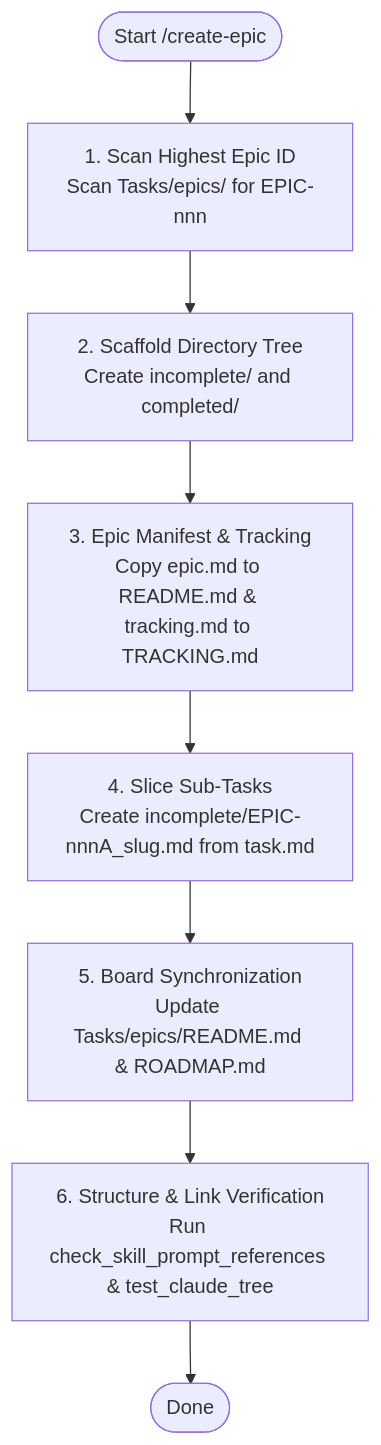
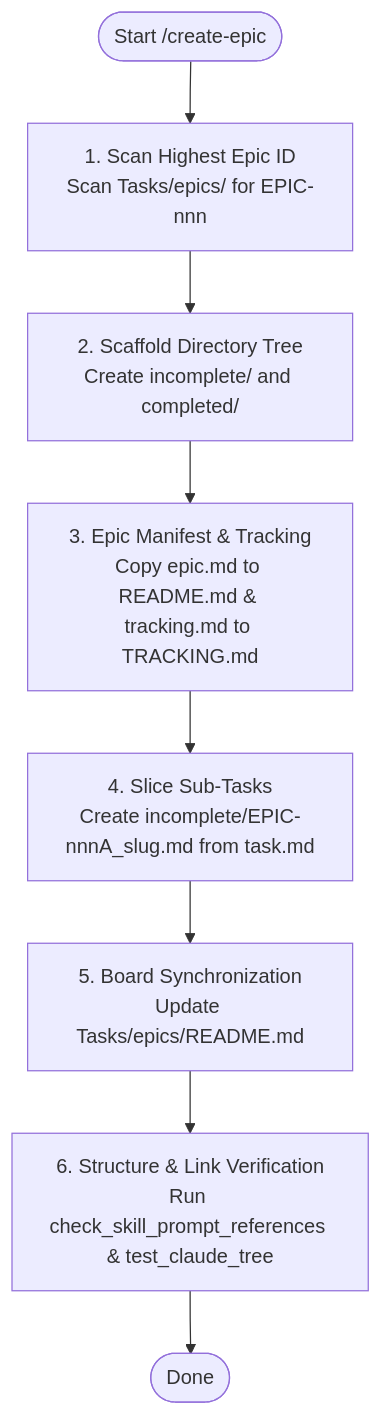
The diagram in .claude/skills/create-epic/SKILL.md (anhembedded/Sagittarius_Elite_Warrior), drawn with Mermaid before and after one commit. The commit also changed other lines of this file and 46 other files, not shown here.

````diff
--- a/.claude/skills/create-epic/SKILL.md
+++ b/.claude/skills/create-epic/SKILL.md
@@ -12,10 +12,10 @@
 ```mermaid
 flowchart TD
     Start(["Start /create-epic"]) --> Scan["1. Scan Highest Epic ID<br/>Scan Tasks/epics/ for EPIC-nnn"]
     Scan --> Scaffold["2. Scaffold Directory Tree<br/>Create incomplete/ and completed/"]
     Scaffold --> Manifest["3. Epic Manifest & Tracking<br/>Copy epic.md to README.md & tracking.md to TRACKING.md"]
     Manifest --> Slice["4. Slice Sub-Tasks<br/>Create incomplete/EPIC-nnnA_slug.md from task.md"]
-    Slice --> Sync["5. Board Synchronization<br/>Update Tasks/epics/README.md & ROADMAP.md"]
+    Slice --> Sync["5. Board Synchronization<br/>Update Tasks/epics/README.md"]
     Sync --> Verify["6. Structure & Link Verification<br/>Run check_skill_prompt_references & test_claude_tree"]
     Verify --> Done(["Done"])
 ```
````
